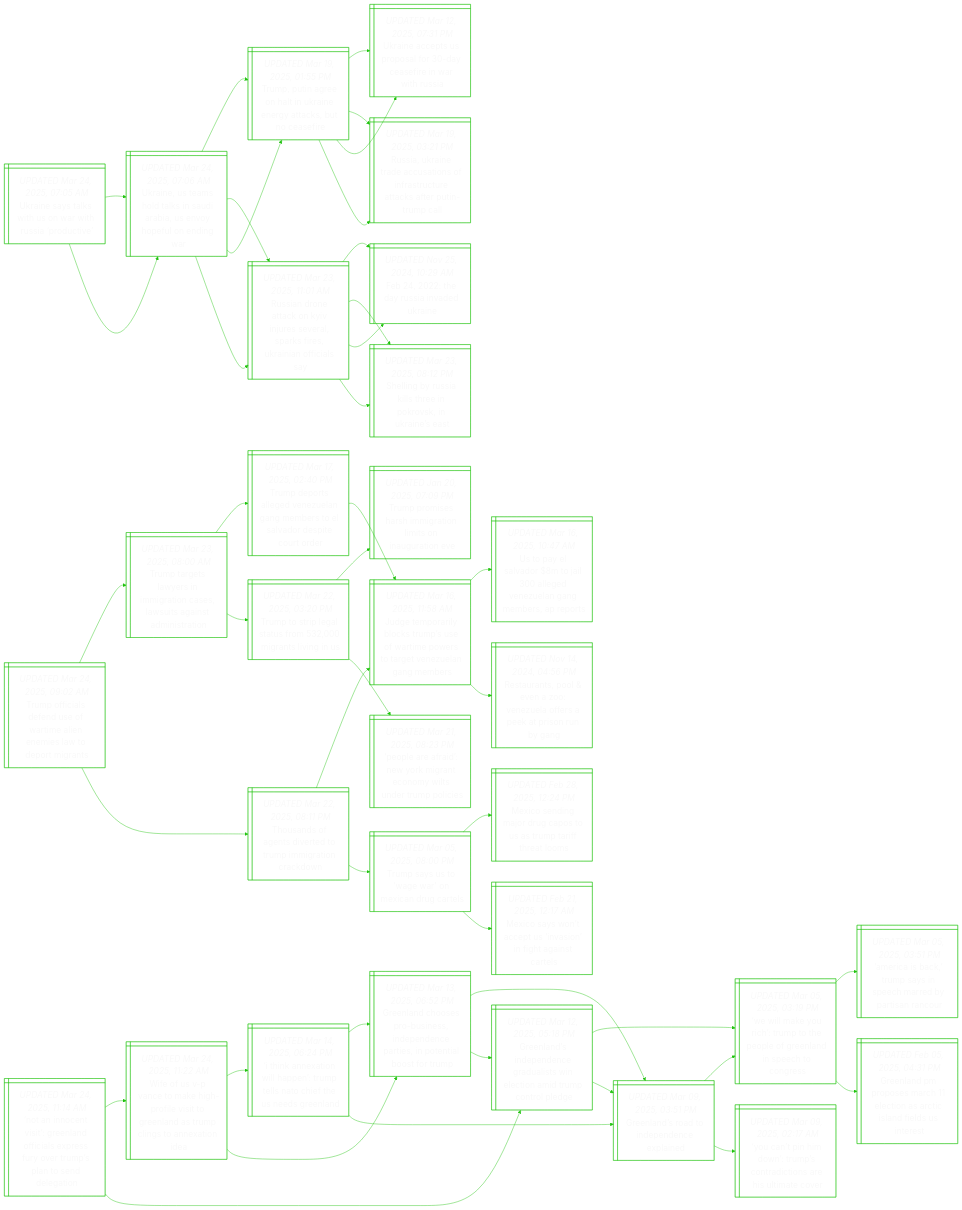
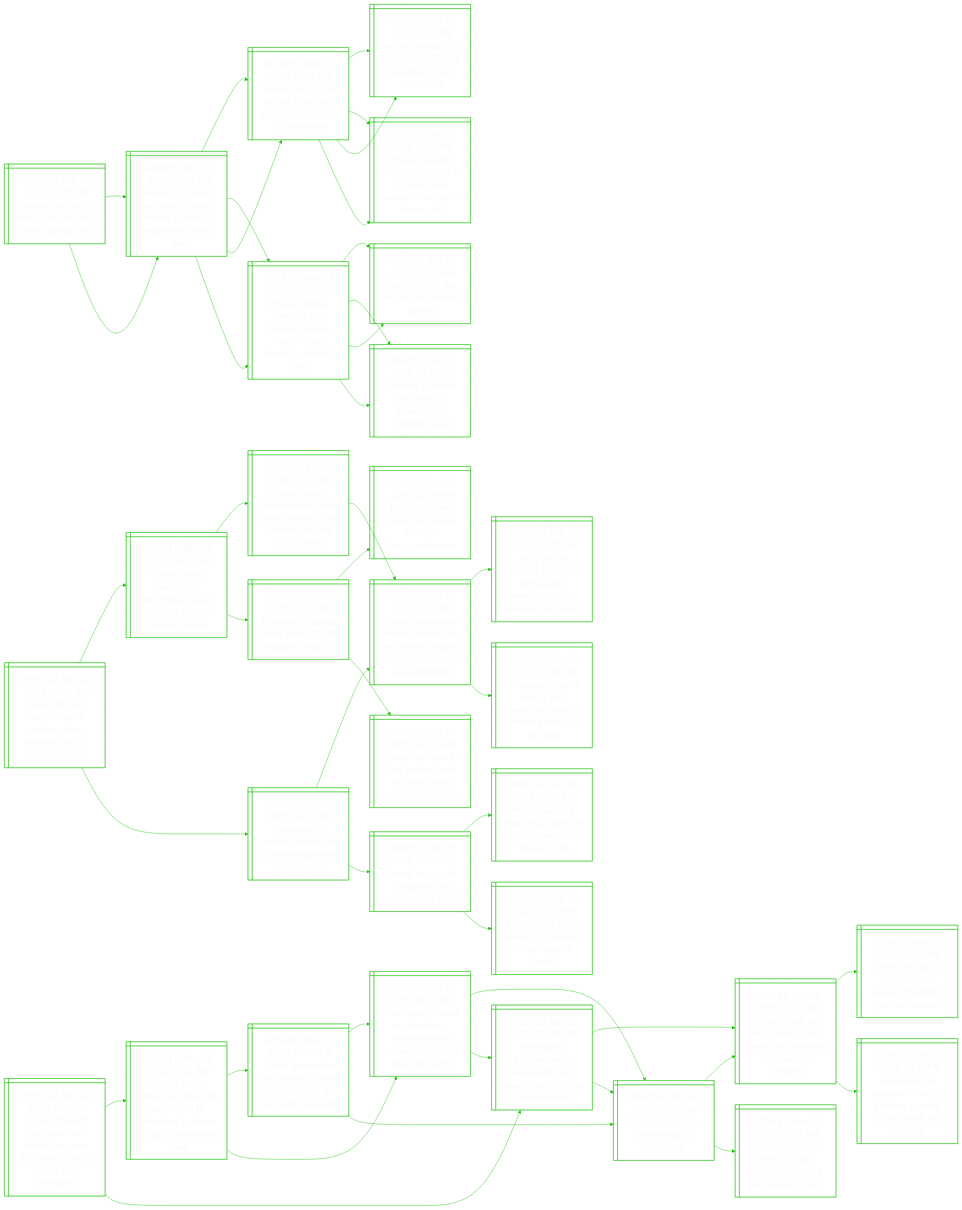
Before and after one commit to notJmes/notJmes: the diagram in README.md, drawn with Mermaid. The commit also changed other lines of this file, not shown here.

```diff
--- a/README.md
+++ b/README.md
@@ -16,7 +16,7 @@
 flowchart LR
 classDef txtsize font-size:20px;
 
-UnssUahidv@{ shape: win-pane, label: "_UPDATED Mar 24, 2025, 07:05 AM_
+UnssUahidv@{ shape: win-pane, label: "_UPDATED Mar 24, 2025, 03:35 PM_
 Ukraine says talks with us on war with russia ‘productive’" }
 UneolSAavpoir@{ shape: win-pane, label: "_UPDATED Mar 24, 2025, 07:06 AM_
 Ukraine, us teams hold talks in saudi arabia, us envoy hopeful on ending war" }
```
